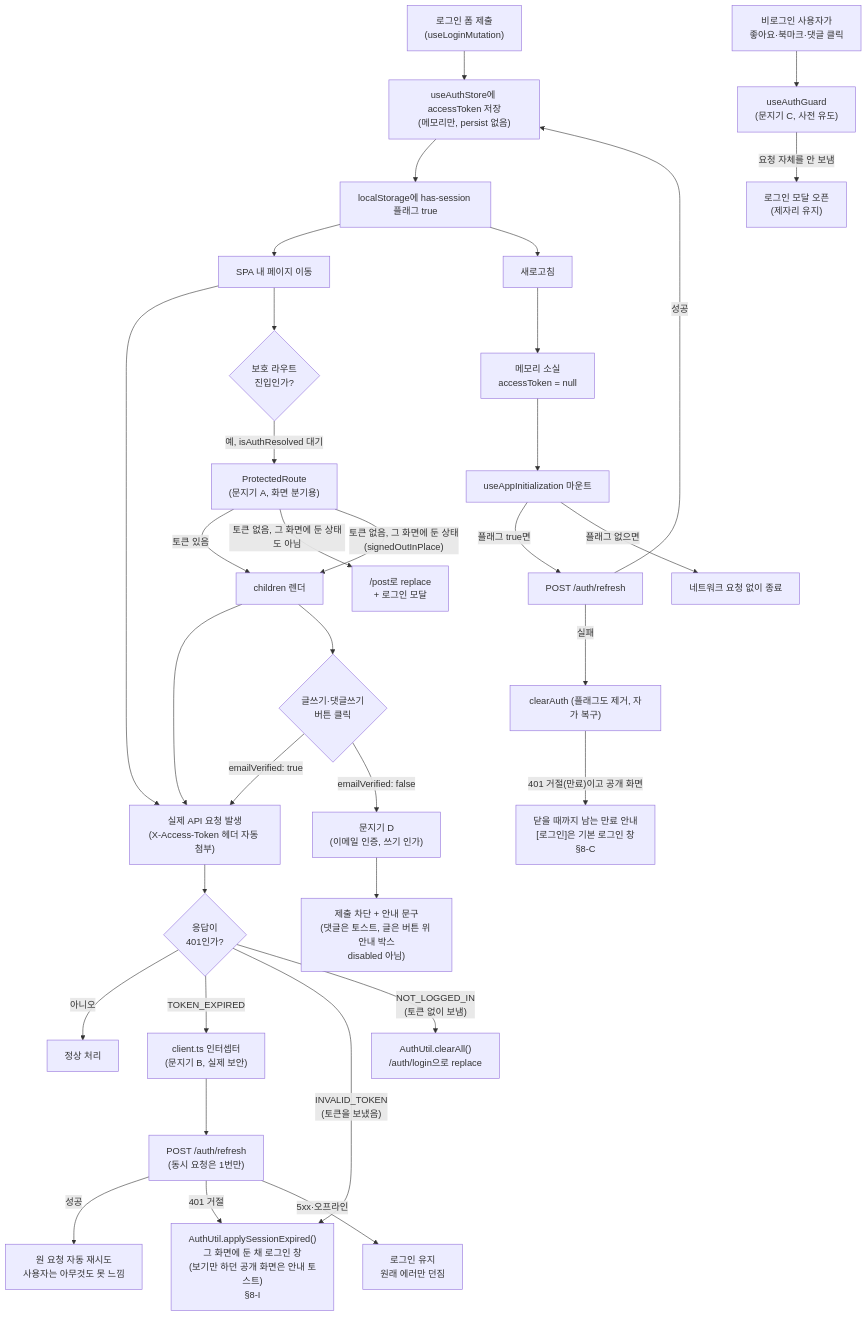
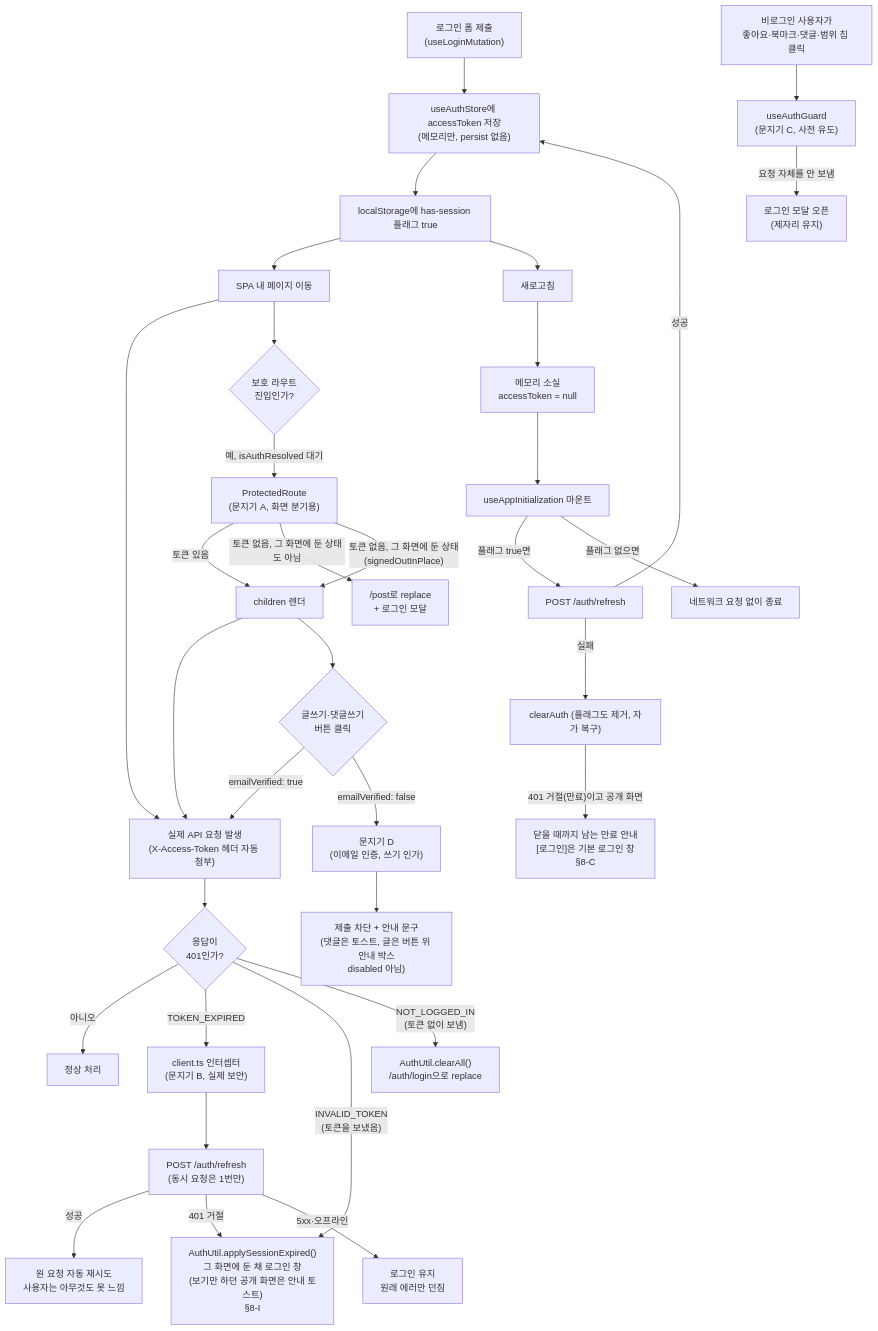
One commit to BAECHAN/link-sphere_FE_NEW changed the first of 10 diagrams in docs/AUTH.md. Above: the diagram before and after it, drawn with Mermaid. The commit also changed other lines of this file and 27 other files, not shown here.

````diff
--- a/docs/AUTH.md
+++ b/docs/AUTH.md
@@ -21,42 +21,42 @@
 ```mermaid
 flowchart TD
     Login["로그인 폼 제출<br/>(useLoginMutation)"] --> Store["useAuthStore에 accessToken 저장<br/>(메모리만, persist 없음)"]
     Store --> Flag["localStorage에 has-session 플래그 true"]
 
     Flag --> Nav["SPA 내 페이지 이동"]
     Nav --> API1["실제 API 요청 발생<br/>(X-Access-Token 헤더 자동 첨부)"]
 
     Flag --> Reload["새로고침"]
     Reload --> MemGone["메모리 소실<br/>accessToken = null"]
     MemGone --> Init["useAppInitialization 마운트"]
     Init -->|"플래그 true면"| Refresh1["POST /auth/refresh"]
     Init -->|"플래그 없으면"| Skip["네트워크 요청 없이 종료"]
     Refresh1 -->|성공| Store
     Refresh1 -->|실패| ClearA["clearAuth (플래그도 제거, 자가 복구)"]
     ClearA -->|"401 거절(만료)이고 공개 화면"| StartNotice["닫을 때까지 남는 만료 안내<br/>[로그인]은 기본 로그인 창<br/>§8-C"]
 
     Nav --> Protected{"보호 라우트<br/>진입인가?"}
     Protected -->|예, isAuthResolved 대기| Gate["ProtectedRoute<br/>(문지기 A, 화면 분기용)"]
     Gate -->|"토큰 있음"| Children["children 렌더"]
     Gate -->|"토큰 없음, 그 화면에 둔 상태도 아님"| RedirectFeed["/post로 replace<br/>+ 로그인 모달"]
     Gate -->|"토큰 없음, 그 화면에 둔 상태<br/>(signedOutInPlace)"| Children
 
     Children --> API1
     API1 --> Check401{"응답이<br/>401인가?"}
     Check401 -->|"아니오"| Done["정상 처리"]
     Check401 -->|"TOKEN_EXPIRED"| Interceptor["client.ts 인터셉터<br/>(문지기 B, 실제 보안)"]
     Interceptor --> Refresh2["POST /auth/refresh<br/>(동시 요청은 1번만)"]
     Refresh2 -->|성공| Retry["원 요청 자동 재시도<br/>사용자는 아무것도 못 느낌"]
     Refresh2 -->|"401 거절"| InPlace["AuthUtil.applySessionExpired()<br/>그 화면에 둔 채 로그인 창<br/>(보기만 하던 공개 화면은 안내 토스트)<br/>§8-I"]
     Refresh2 -->|"5xx·오프라인"| KeepLogin["로그인 유지<br/>원래 에러만 던짐"]
     Check401 -->|"INVALID_TOKEN<br/>(토큰을 보냈음)"| InPlace
     Check401 -->|"NOT_LOGGED_IN<br/>(토큰 없이 보냄)"| ClearB["AuthUtil.clearAll()<br/>/auth/login으로 replace"]
 
-    Anon["비로그인 사용자가<br/>좋아요·북마크·댓글 클릭"] --> GuardC["useAuthGuard<br/>(문지기 C, 사전 유도)"]
+    Anon["비로그인 사용자가<br/>좋아요·북마크·댓글·범위 칩 클릭"] --> GuardC["useAuthGuard<br/>(문지기 C, 사전 유도)"]
     GuardC -->|"요청 자체를 안 보냄"| Modal["로그인 모달 오픈<br/>(제자리 유지)"]
 
     Children --> WriteClick{"글쓰기·댓글쓰기<br/>버튼 클릭"}
     WriteClick -->|"emailVerified: true"| API1
     WriteClick -->|"emailVerified: false"| GateD["문지기 D<br/>(이메일 인증, 쓰기 인가)"]
     GateD --> BlockWrite["제출 차단 + 안내 문구<br/>(댓글은 토스트, 글은 버튼 위 안내 박스<br/>disabled 아님)"]
 ```
````
